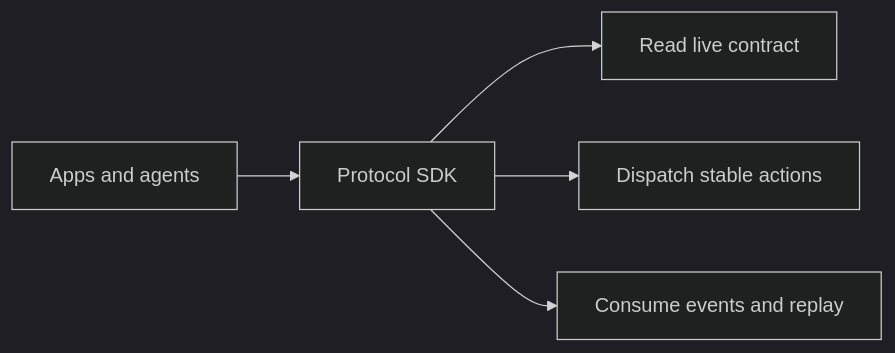
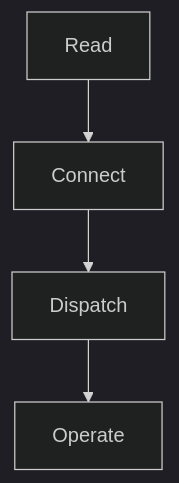
The first of 2 diagrams in docs/examples/protocol-overview-and-exclusions.md (TheOpenSocial/openchat), drawn with Mermaid (dark theme) before and after one commit. The commit also changed other lines of this file and 15 other files, not shown here.

````diff
--- a/docs/examples/protocol-overview-and-exclusions.md
+++ b/docs/examples/protocol-overview-and-exclusions.md
@@ -36,7 +18,6 @@
 ```mermaid
-flowchart LR
-    A["Apps and agents"] --> B["Protocol SDK"]
-    B --> C["Read live contract"]
-    B --> D["Dispatch stable actions"]
-    B --> E["Consume events and replay"]
+flowchart TD
+    A["Read"] --> B["Connect"]
+    B --> C["Dispatch"]
+    C --> D["Operate"]
 ```
````
